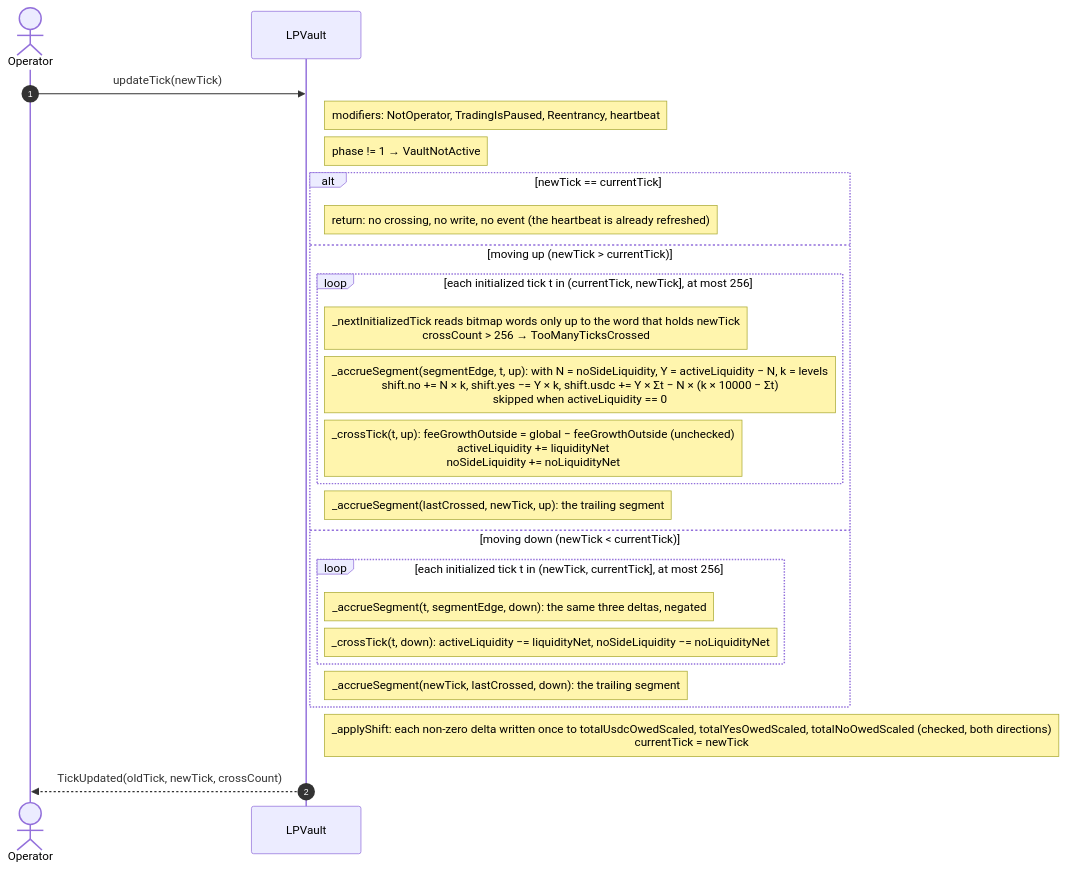
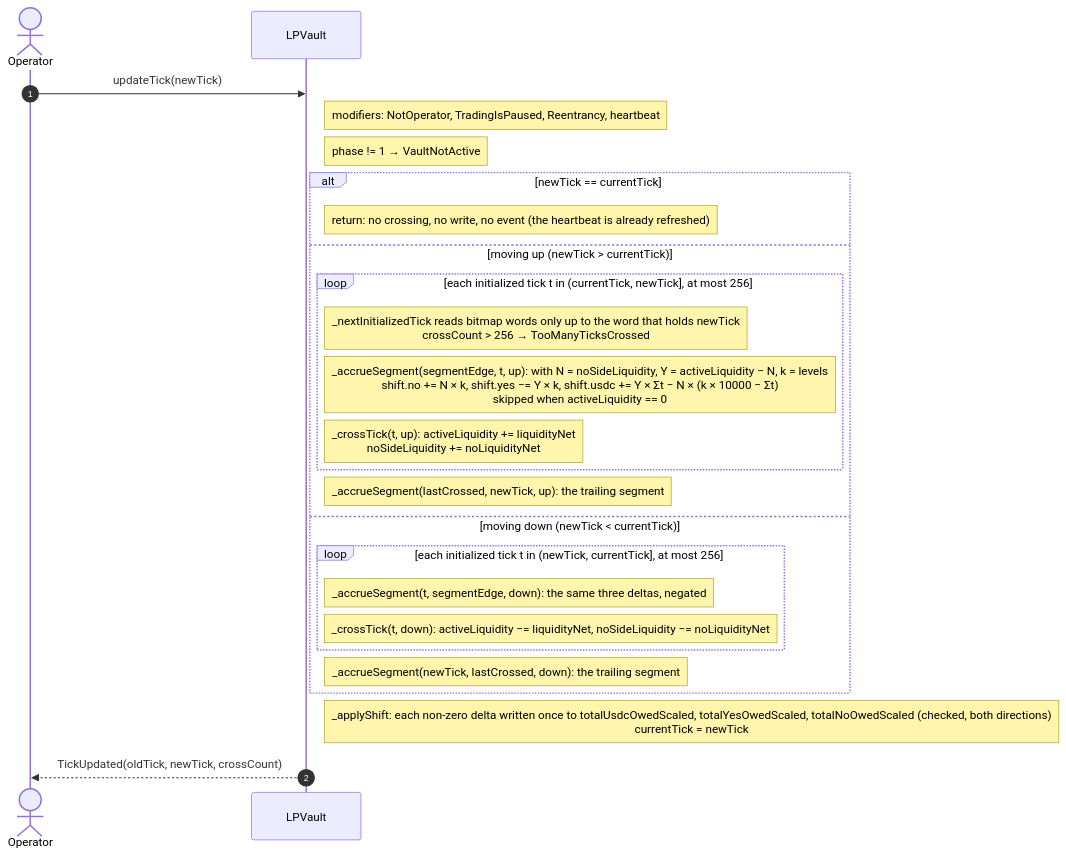
Diagram 11 of 22 in specs/FLOWS.md (ProphetMarket/lp-vaults), drawn with Mermaid before and after one commit. The commit also changed other lines of this file and 73 other files, not shown here.

First line of the commit message:
spec (vault): Retire the fee accounting (R17)

````diff
--- a/specs/FLOWS.md
+++ b/specs/FLOWS.md
@@ -339,28 +313,28 @@
 ```mermaid
 sequenceDiagram
     autonumber
     actor Operator
     participant Vault as LPVault
 
     Operator->>Vault: updateTick(newTick)
     Note right of Vault: modifiers: NotOperator, TradingIsPaused, Reentrancy, heartbeat
     Note right of Vault: phase != 1 → VaultNotActive
     alt newTick == currentTick
         Note right of Vault: return: no crossing, no write, no event (the heartbeat is already refreshed)
     else moving up (newTick > currentTick)
         loop each initialized tick t in (currentTick, newTick], at most 256
             Note right of Vault: _nextInitializedTick reads bitmap words only up to the word that holds newTick<br/>crossCount > 256 → TooManyTicksCrossed
             Note right of Vault: _accrueSegment(segmentEdge, t, up): with N = noSideLiquidity, Y = activeLiquidity − N, k = levels<br/>shift.no += N × k, shift.yes −= Y × k, shift.usdc += Y × Σt − N × (k × 10000 − Σt)<br/>skipped when activeLiquidity == 0
-            Note right of Vault: _crossTick(t, up): feeGrowthOutside = global − feeGrowthOutside (unchecked)<br/>activeLiquidity += liquidityNet<br/>noSideLiquidity += noLiquidityNet
+            Note right of Vault: _crossTick(t, up): activeLiquidity += liquidityNet<br/>noSideLiquidity += noLiquidityNet
         end
         Note right of Vault: _accrueSegment(lastCrossed, newTick, up): the trailing segment
     else moving down (newTick < currentTick)
         loop each initialized tick t in (newTick, currentTick], at most 256
             Note right of Vault: _accrueSegment(t, segmentEdge, down): the same three deltas, negated
             Note right of Vault: _crossTick(t, down): activeLiquidity −= liquidityNet, noSideLiquidity −= noLiquidityNet
         end
         Note right of Vault: _accrueSegment(newTick, lastCrossed, down): the trailing segment
     end
     Note right of Vault: _applyShift: each non-zero delta written once to totalUsdcOwedScaled, totalYesOwedScaled, totalNoOwedScaled (checked, both directions)<br/>currentTick = newTick
     Vault-->>Operator: TickUpdated(oldTick, newTick, crossCount)
 ```
````
